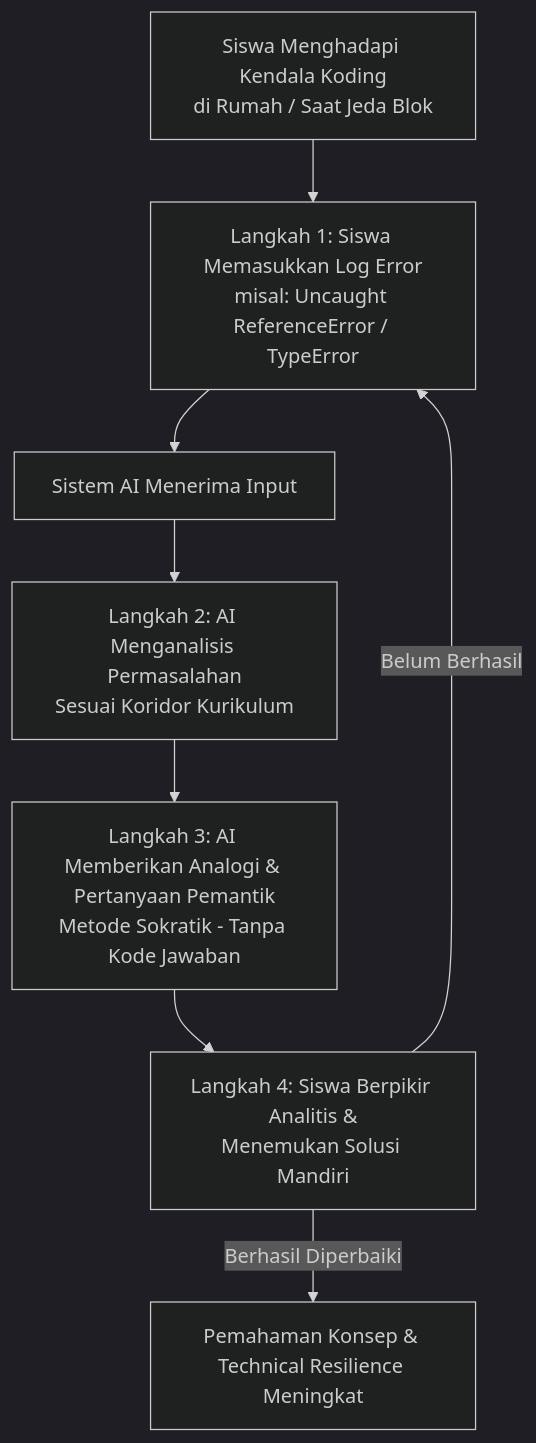
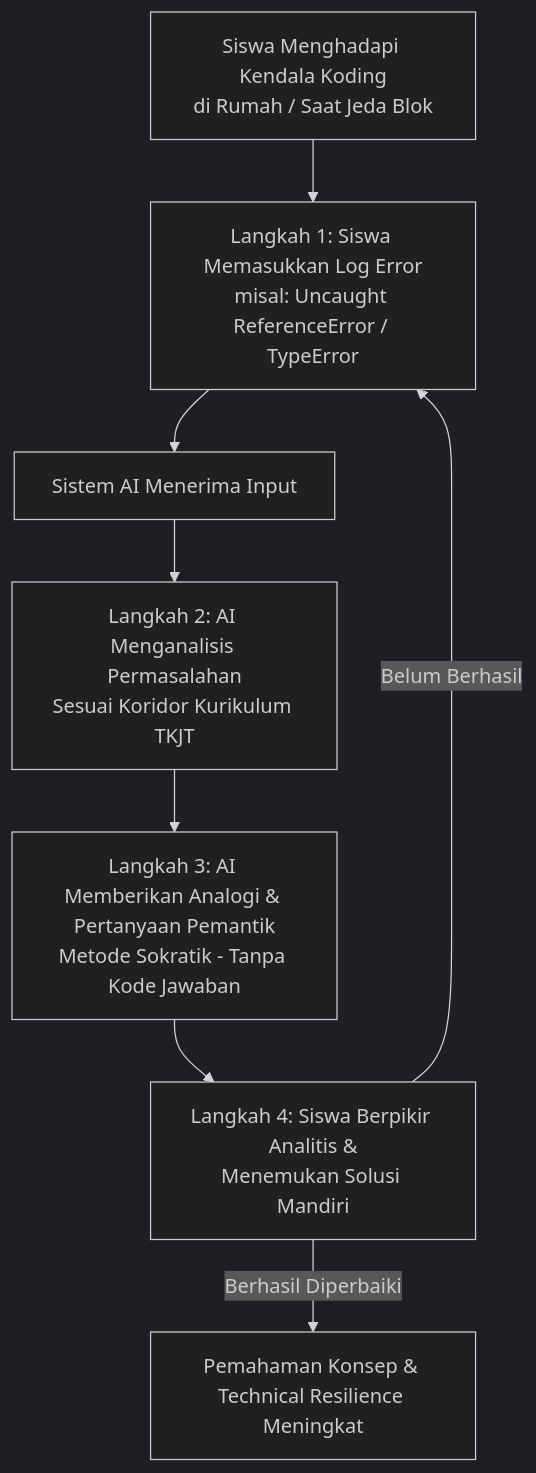
Before and after one commit to retno412/materi_tkjt: the second of 3 diagrams in README.md, drawn with Mermaid (dark theme). The commit also changed other lines of this file, not shown here.

````diff
--- a/README.md
+++ b/README.md
@@ -127,10 +124,10 @@
 ```mermaid
 flowchart TD
     S1[Siswa Menghadapi Kendala Koding<br/>di Rumah / Saat Jeda Blok] --> S2[Langkah 1: Siswa Memasukkan Log Error<br/>misal: Uncaught ReferenceError / TypeError]
     S2 --> S3[Sistem AI Menerima Input]
-    S3 --> S4[Langkah 2: AI Menganalisis Permasalahan<br/>Sesuai Koridor Kurikulum]
+    S3 --> S4[Langkah 2: AI Menganalisis Permasalahan<br/>Sesuai Koridor Kurikulum TKJT]
     S4 --> S5[Langkah 3: AI Memberikan Analogi & Pertanyaan Pemantik<br/>Metode Sokratik - Tanpa Kode Jawaban]
     S5 --> S6[Langkah 4: Siswa Berpikir Analitis &<br/>Menemukan Solusi Mandiri]
     S6 -->|Belum Berhasil| S2
     S6 -->|Berhasil Diperbaiki| S7[Pemahaman Konsep & Technical Resilience Meningkat]
 ```
````
